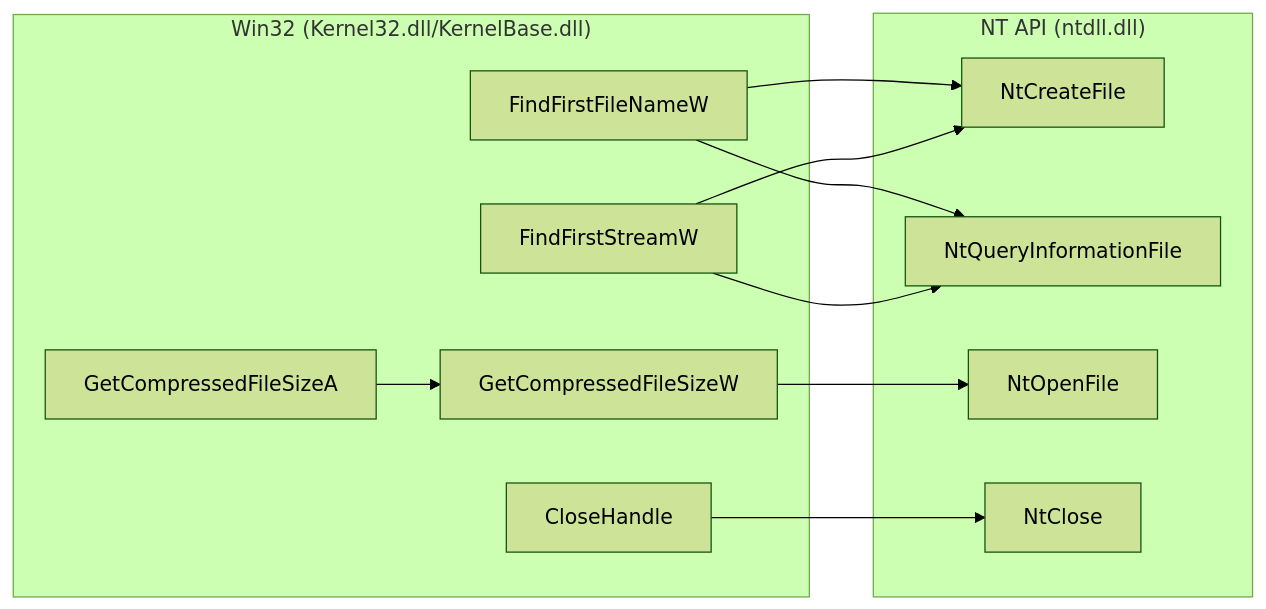
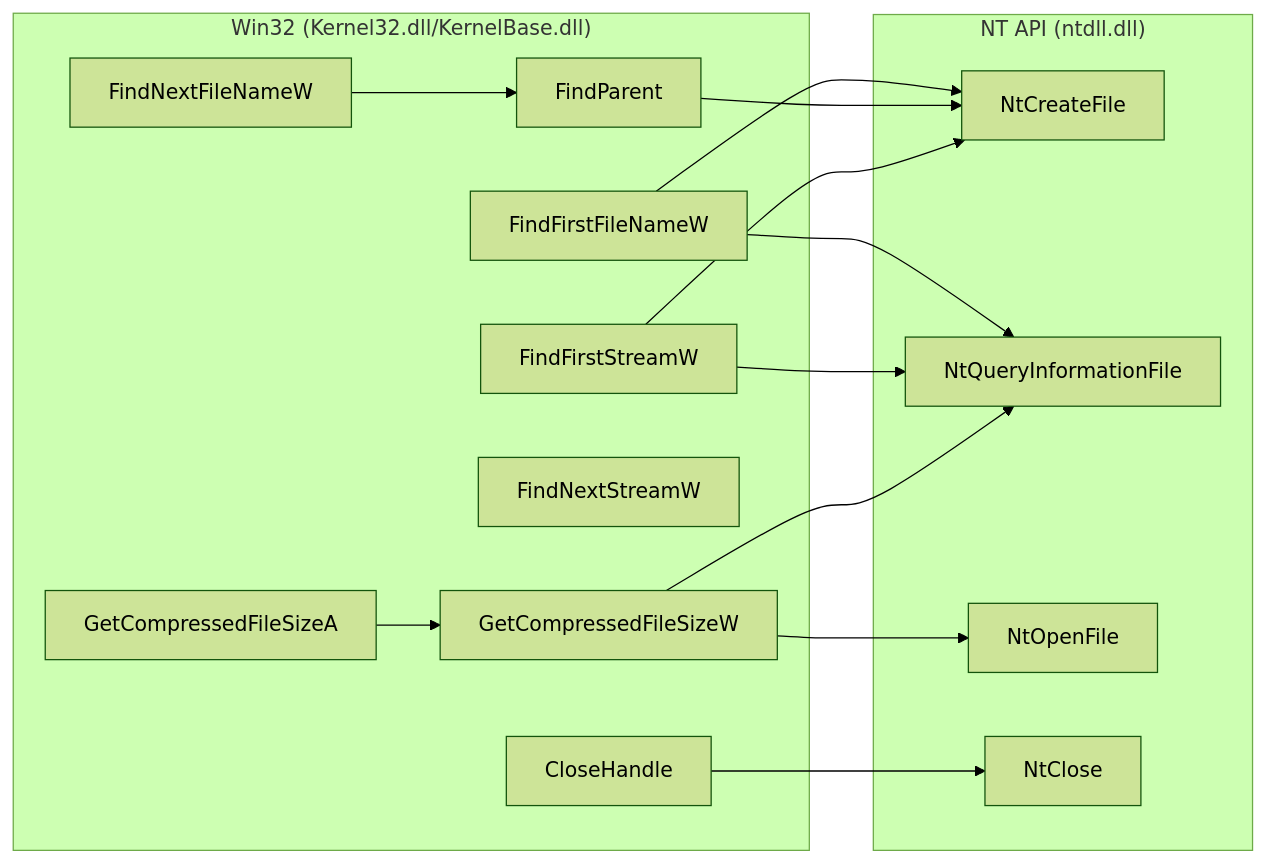
One commit to Sewer56/vfs-writeup changed the ninth of 10 diagrams in docs/index.md. Above: the diagram before and after it, drawn with Mermaid (forest theme). The commit also changed other lines of this file, not shown here.

Commit message:
Added: Extra FindFirst* APIs and Compressed File Sizes

````diff
--- a/docs/index.md
+++ b/docs/index.md
@@ -523,26 +527,32 @@
 ```mermaid
 flowchart LR
     subgraph Win32["Win32 (Kernel32.dll/KernelBase.dll)"]
     FindFirstFileNameW
+    FindNextFileNameW
+    FindParent
     FindFirstStreamW
+    FindNextStreamW
     GetCompressedFileSizeA
     GetCompressedFileSizeW
     CloseHandle
 
     GetCompressedFileSizeA --> GetCompressedFileSizeW
+    FindNextFileNameW --> FindParent
     end
 
     subgraph NT["NT API (ntdll.dll)"]
     NtCreateFile
     NtQueryInformationFile
     NtOpenFile
     NtClose
 
     FindFirstFileNameW --> NtCreateFile
     FindFirstFileNameW --> NtQueryInformationFile
+    FindParent --> NtCreateFile
     FindFirstStreamW --> NtCreateFile
     FindFirstStreamW --> NtQueryInformationFile
     GetCompressedFileSizeW --> NtOpenFile
+    GetCompressedFileSizeW --> NtQueryInformationFile
     CloseHandle --> NtClose
     end
 ```
````
